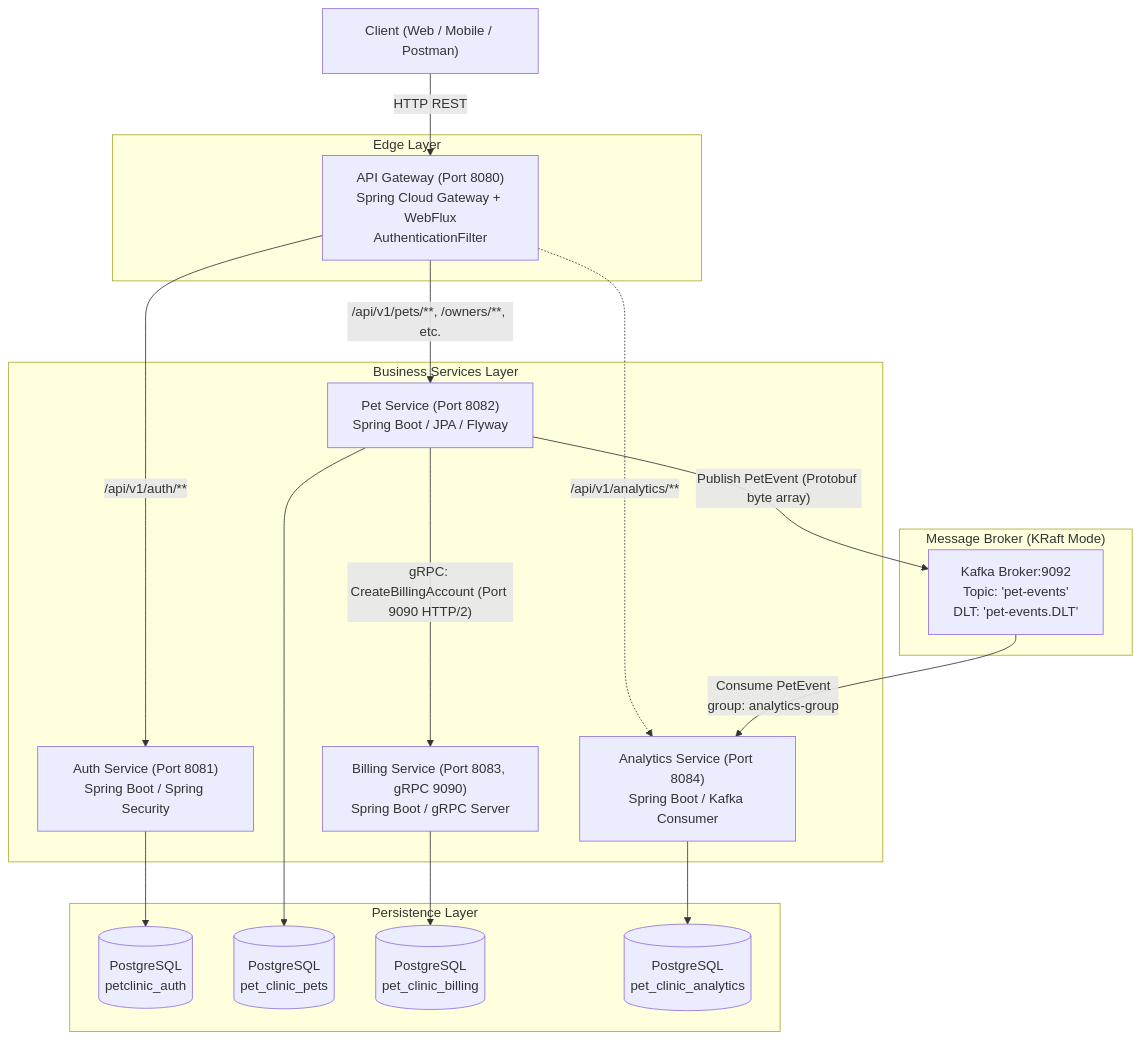
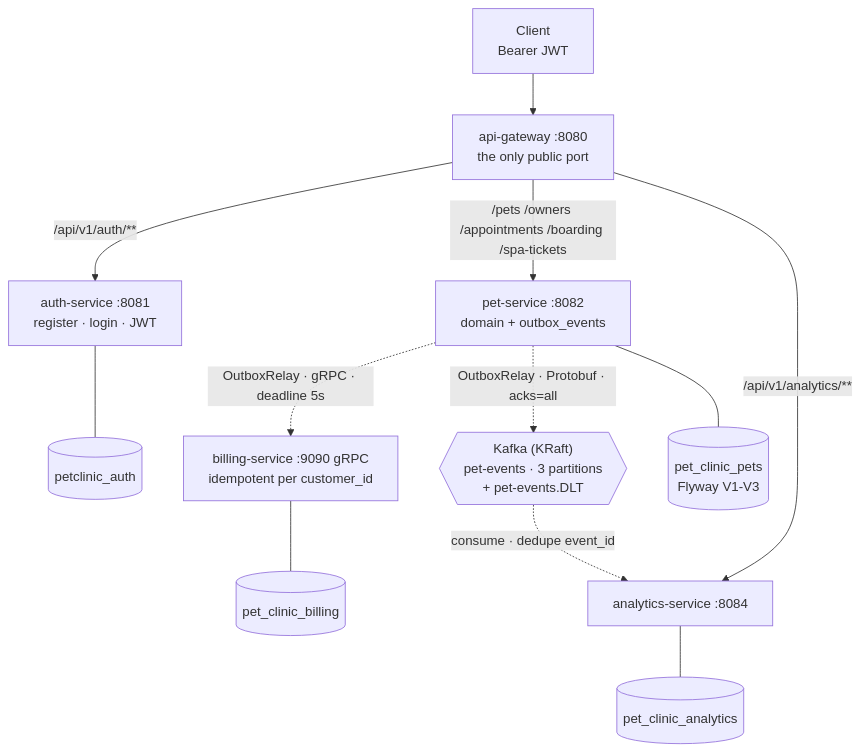
One commit to Phongasfd/pet-clinic-management changed the first of 2 diagrams in README.md. Above: the diagram before and after it, drawn with Mermaid. The commit also changed other lines of this file, not shown here.

Commit message:
docs: rewrite README as a landing page; deep dive stays in the architecture doc

````diff
--- a/README.md
+++ b/README.md
@@ -17,46 +32,14 @@
 ```mermaid
 flowchart TB
-    Client["Client (Web / Mobile / Postman)"]
-
-    subgraph Edge ["Edge Layer"]
-        Gateway["API Gateway (Port 8080)<br/>Spring Cloud Gateway + WebFlux<br/>AuthenticationFilter"]
-    end
-
-    subgraph Microservices ["Business Services Layer"]
-        Auth["Auth Service (Port 8081)<br/>Spring Boot / Spring Security"]
-        Pet["Pet Service (Port 8082)<br/>Spring Boot / JPA / Flyway"]
-        Billing["Billing Service (Port 8083, gRPC 9090)<br/>Spring Boot / gRPC Server"]
-        Analytics["Analytics Service (Port 8084)<br/>Spring Boot / Kafka Consumer"]
-    end
-
-    subgraph Messaging ["Message Broker (KRaft Mode)"]
-        KafkaBroker["Kafka Broker:9092<br/>Topic: 'pet-events'<br/>DLT: 'pet-events.DLT'"]
-    end
-
-    subgraph Storage ["Persistence Layer"]
-        DB_Auth[(PostgreSQL<br/>petclinic_auth)]
-        DB_Pets[(PostgreSQL<br/>pet_clinic_pets)]
-        DB_Billing[(PostgreSQL<br/>pet_clinic_billing)]
-        DB_Analytics[(PostgreSQL<br/>pet_clinic_analytics)]
-    end
-
-    Client -->|"HTTP REST"| Gateway
-
-    %% Gateway Routing
-    Gateway -->|"/api/v1/auth/**"| Auth
-    Gateway -->|"/api/v1/pets/**, /owners/**, etc."| Pet
-    Gateway -.->|"/api/v1/analytics/**"| Analytics
-
-    %% Synchronous gRPC
-    Pet -->|"gRPC: CreateBillingAccount (Port 9090 HTTP/2)"| Billing
-
-    %% Asynchronous Kafka
-    Pet -->|"Publish PetEvent (Protobuf byte array)"| KafkaBroker
-    KafkaBroker -->|"Consume PetEvent<br/>group: analytics-group"| Analytics
-
-    %% Databases
-    Auth --> DB_Auth
-    Pet --> DB_Pets
-    Billing --> DB_Billing
-    Analytics --> DB_Analytics
+    client["Client<br/>Bearer JWT"] --> gw["api-gateway :8080<br/>the only public port"]
+    gw -->|/api/v1/auth/**| auth["auth-service :8081<br/>register · login · JWT"]
+    gw -->|"/pets /owners /appointments /boarding /spa-tickets"| pet["pet-service :8082<br/>domain + outbox_events"]
+    gw -->|/api/v1/analytics/**| an["analytics-service :8084"]
+    pet -.->|"OutboxRelay · gRPC · deadline 5s"| bill["billing-service :9090 gRPC<br/>idempotent per customer_id"]
+    pet -.->|"OutboxRelay · Protobuf · acks=all"| kafka{{"Kafka (KRaft)<br/>pet-events · 3 partitions<br/>+ pet-events.DLT"}}
+    kafka -.->|"consume · dedupe event_id"| an
+    auth --- dba[(petclinic_auth)]
+    pet --- dbp[(pet_clinic_pets<br/>Flyway V1-V3)]
+    bill --- dbb[(pet_clinic_billing)]
+    an --- dbn[(pet_clinic_analytics)]
 ```
````
